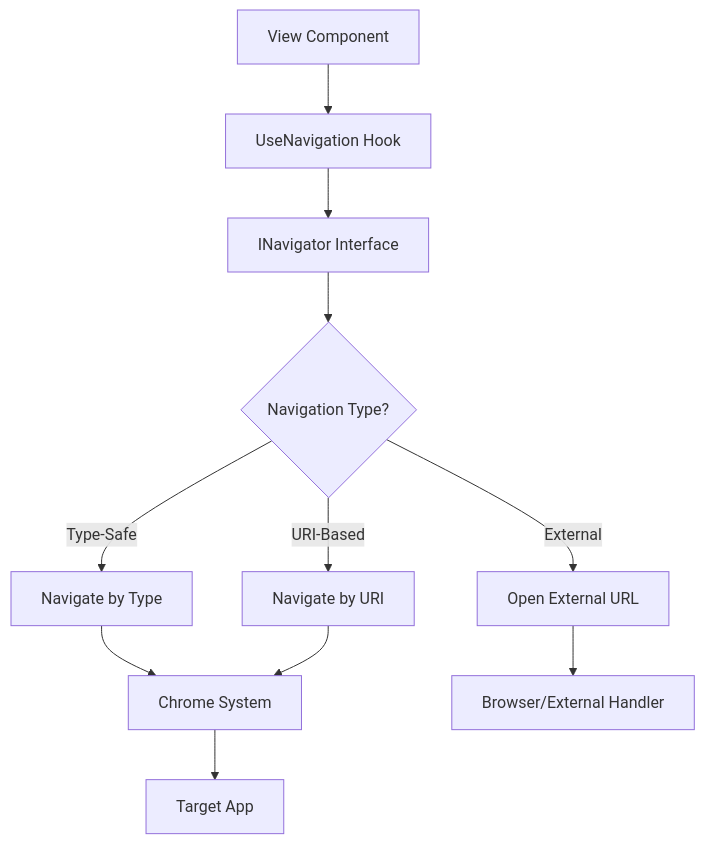
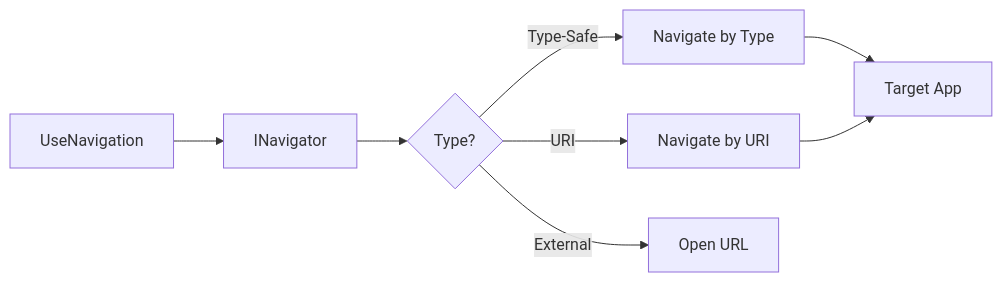
Before and after one commit to Ivy-Interactive/Ivy-Framework: the diagram in src/Ivy.Docs.Shared/Docs/03_Hooks/Core/23_UseNavigation.md, drawn with Mermaid. The commit also changed other lines of this file, not shown here.

Commit message:
feat: refactor UseNavigation doc

````diff
--- a/src/Ivy.Docs.Shared/Docs/03_Hooks/Core/23_UseNavigation.md
+++ b/src/Ivy.Docs.Shared/Docs/03_Hooks/Core/23_UseNavigation.md
@@ -71,13 +45,10 @@
 ```mermaid
-flowchart TD
-    A[View Component] --> B[UseNavigation Hook]
-    B --> C[INavigator Interface]
-    C --> D{Navigation Type?}
-    D -->|Type-Safe| E[Navigate by Type]
-    D -->|URI-Based| F[Navigate by URI]
-    D -->|External| G[Open External URL]
-    E --> H[Chrome System]
-    F --> H
-    G --> I[Browser/External Handler]
-    H --> J[Target App]
+flowchart LR
+    A[UseNavigation] --> B[INavigator]
+    B --> C{Type?}
+    C -->|Type-Safe| D[Navigate by Type]
+    C -->|URI| E[Navigate by URI]
+    C -->|External| F[Open URL]
+    D --> G[Target App]
+    E --> G
 ```
````
